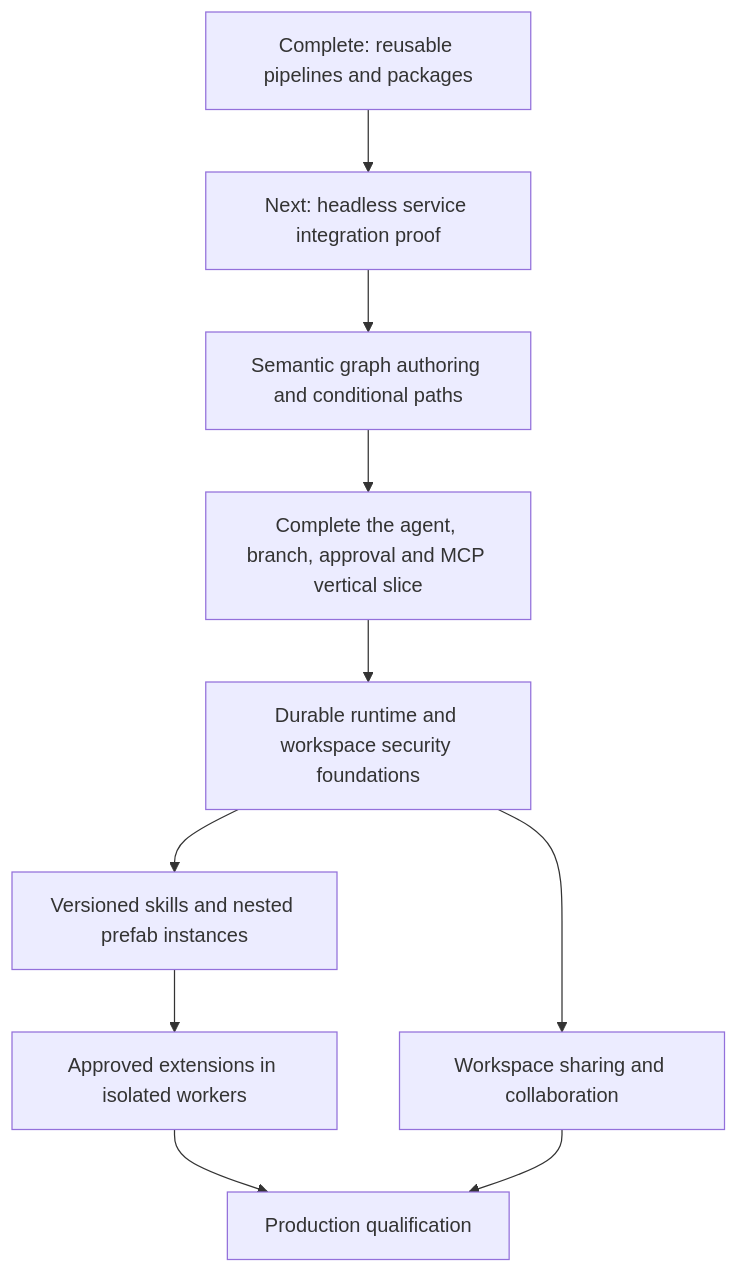
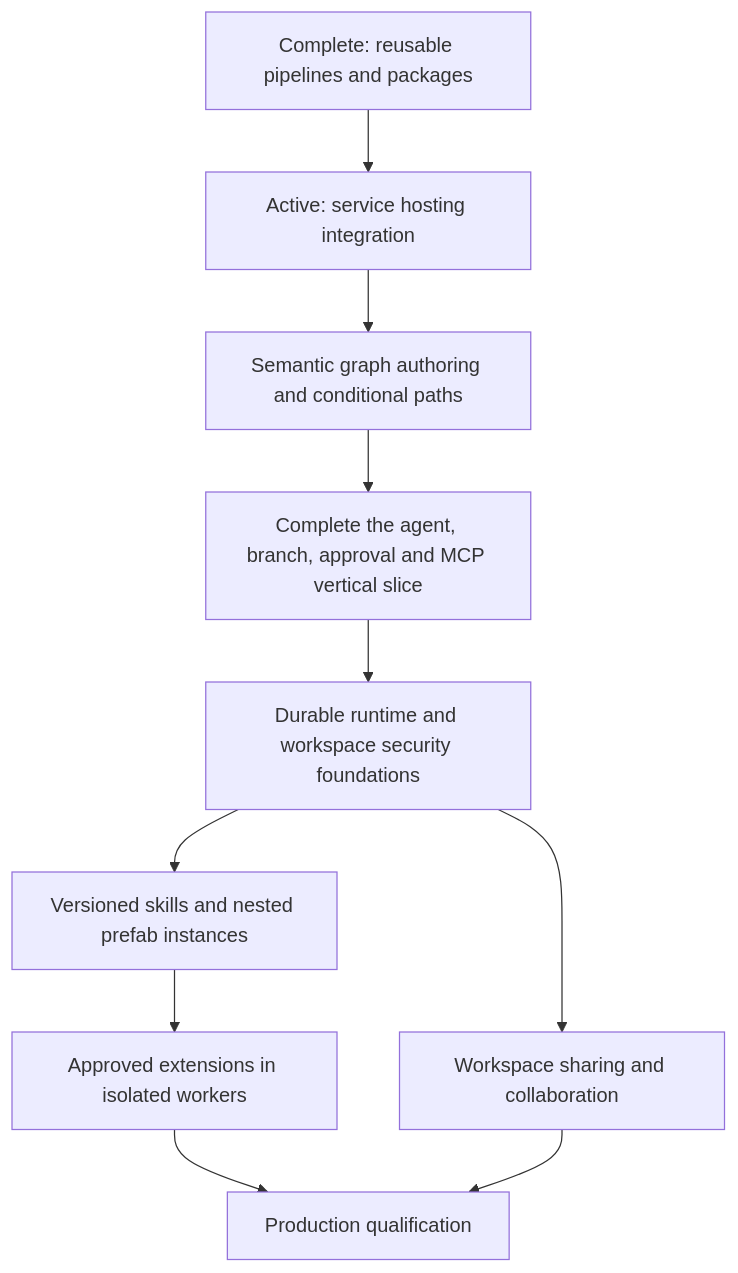
One commit to gnalvesteffer/visual-agent-workflow changed the diagram in docs/roadmap.md. Above: the diagram before and after it, drawn with Mermaid. The commit also changed other lines of this file and 20 other files, not shown here.

````diff
--- a/docs/roadmap.md
+++ b/docs/roadmap.md
@@ -34,12 +34,12 @@
 ```mermaid
 flowchart TD
-    Reuse["Complete: reusable pipelines and packages"] --> Hosting["Next: headless service integration proof"]
+    Reuse["Complete: reusable pipelines and packages"] --> Hosting["Active: service hosting integration"]
     Hosting --> Graph["Semantic graph authoring and conditional paths"]
     Graph --> Vertical["Complete the agent, branch, approval and MCP vertical slice"]
     Vertical --> Durable["Durable runtime and workspace security foundations"]
     Durable --> Assets["Versioned skills and nested prefab instances"]
     Assets --> Extensions["Approved extensions in isolated workers"]
     Durable --> Collaboration["Workspace sharing and collaboration"]
     Extensions --> Production["Production qualification"]
     Collaboration --> Production
 ```
````
